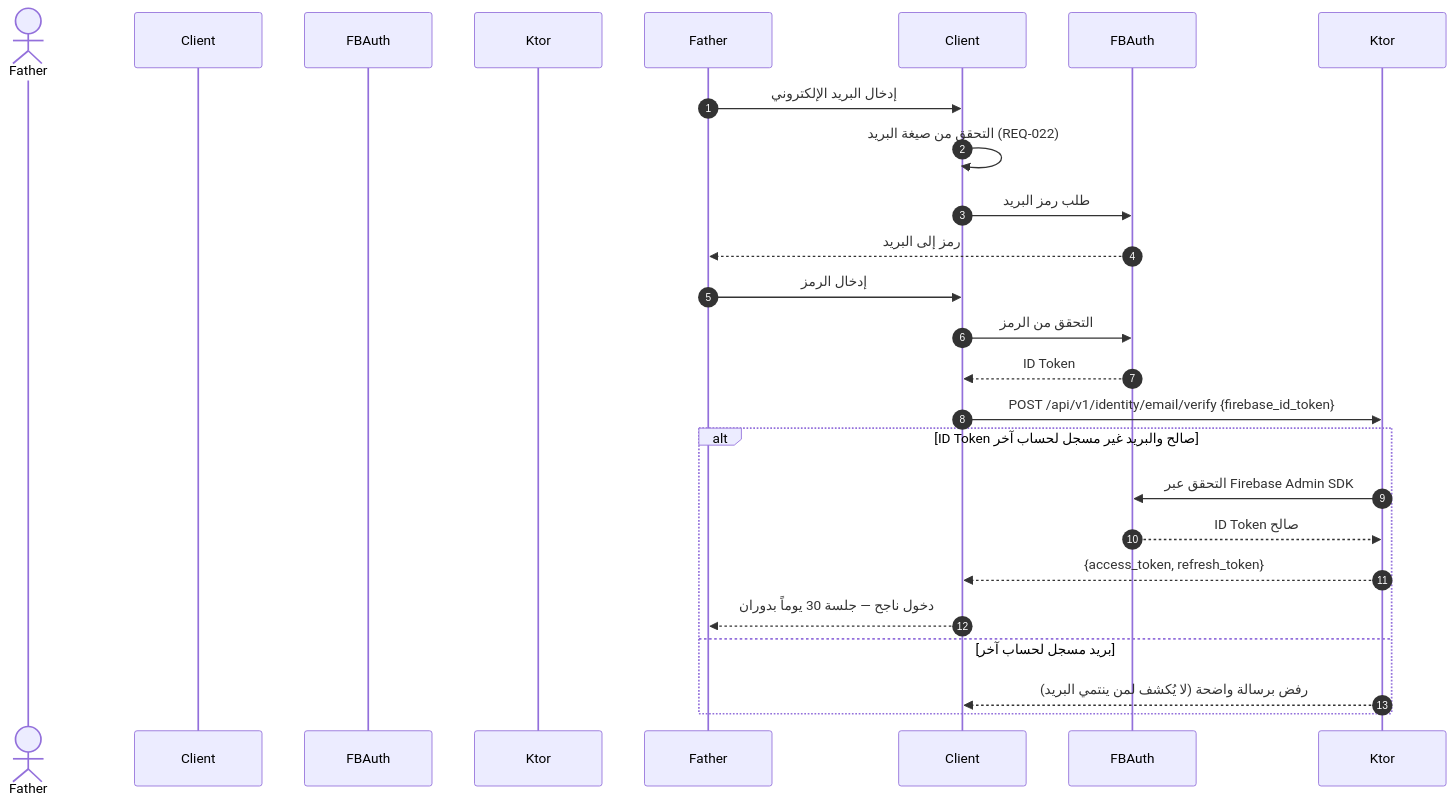
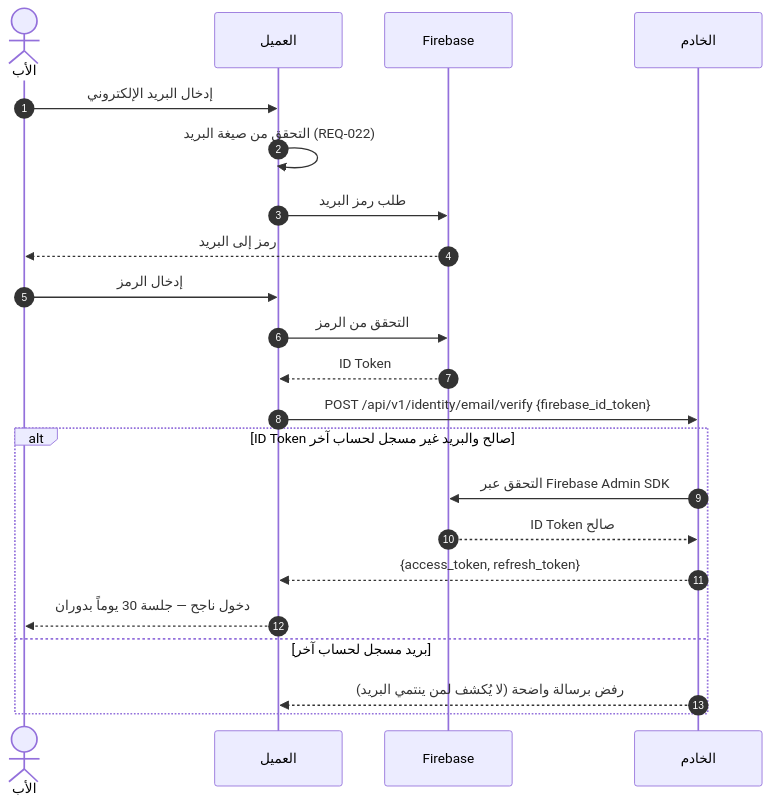
One commit to Bassam-mohammed-alqaeadi/family-os-v2 changed the fourth of 13 diagrams in docs/family-os/governance/phases/phase-1/S1-02-identity-and-onboarding/DIAGRAMS.md. Above: the diagram before and after it, drawn with Mermaid. The commit also changed other lines of this file and 10 other files, not shown here.

Commit message:
إغلاق المراجعة الشاملة R1–R5 (Q-196…Q-231) — المخططات DIAGRAMS + خريطة السياق (2/4)

````diff
--- a/docs/family-os/governance/phases/phase-1/S1-02-identity-and-onboarding/DIAGRAMS.md
+++ b/docs/family-os/governance/phases/phase-1/S1-02-identity-and-onboarding/DIAGRAMS.md
@@ -245,24 +246,24 @@
 ```mermaid
 sequenceDiagram
     autonumber
-    actor الأب as Father
-    participant العميل as Client
-    participant Firebase as FBAuth
-    participant الخادم as Ktor
+    actor Father as الأب
+    participant Client as العميل
+    participant FBAuth as Firebase
+    participant Ktor as الخادم
     Father->>Client: إدخال البريد الإلكتروني
     Client->>Client: التحقق من صيغة البريد (REQ-022)
     Client->>FBAuth: طلب رمز البريد
     FBAuth-->>Father: رمز إلى البريد
     Father->>Client: إدخال الرمز
     Client->>FBAuth: التحقق من الرمز
     FBAuth-->>Client: ID Token
     Client->>Ktor: POST /api/v1/identity/email/verify {firebase_id_token}
     alt ID Token صالح والبريد غير مسجل لحساب آخر
         Ktor->>FBAuth: التحقق عبر Firebase Admin SDK
         FBAuth-->>Ktor: ID Token صالح
         Ktor-->>Client: {access_token, refresh_token}
         Client-->>Father: دخول ناجح — جلسة 30 يوماً بدوران
     else بريد مسجل لحساب آخر
         Ktor-->>Client: رفض برسالة واضحة (لا يُكشف لمن ينتمي البريد)
     end
 ```
````
